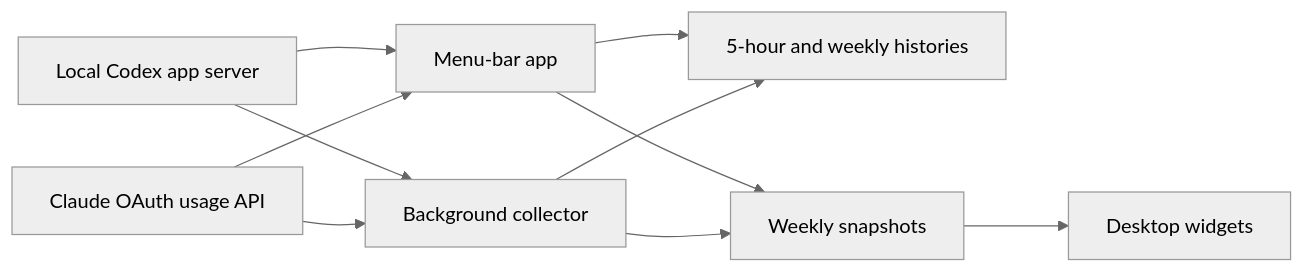
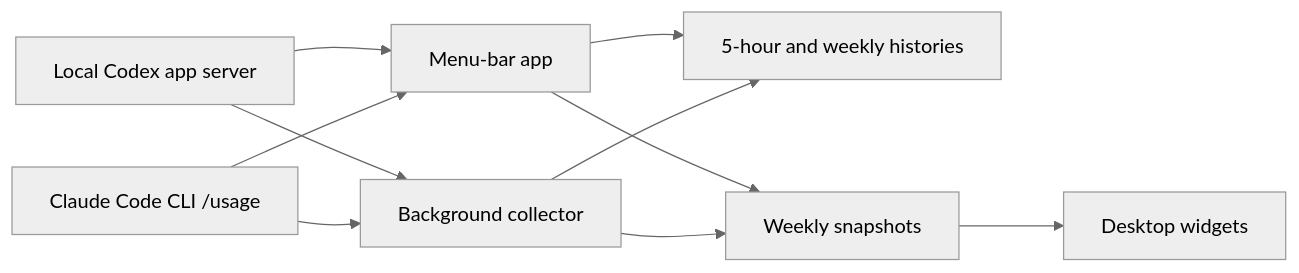
Before and after one commit to NSErfan/codex-limits: the diagram in README.md, drawn with Mermaid (neutral theme). The commit also changed other lines of this file and 25 other files, not shown here.

First line of the commit message:
Read Claude usage through its CLI to avoid repeated Keychain approvals

````diff
--- a/README.md
+++ b/README.md
@@ -386,12 +389,12 @@
 ```mermaid
 flowchart LR
     CLI[Local Codex app server] --> App[Menu-bar app]
     CLI --> Collector[Background collector]
-    Claude[Claude OAuth usage API] --> App
+    Claude[Claude Code CLI /usage] --> App
     Claude --> Collector
     App --> History[5-hour and weekly histories]
     Collector --> History
     App --> Weekly[Weekly snapshots]
     Collector --> Weekly
     Weekly --> Widgets[Desktop widgets]
 ```
````
